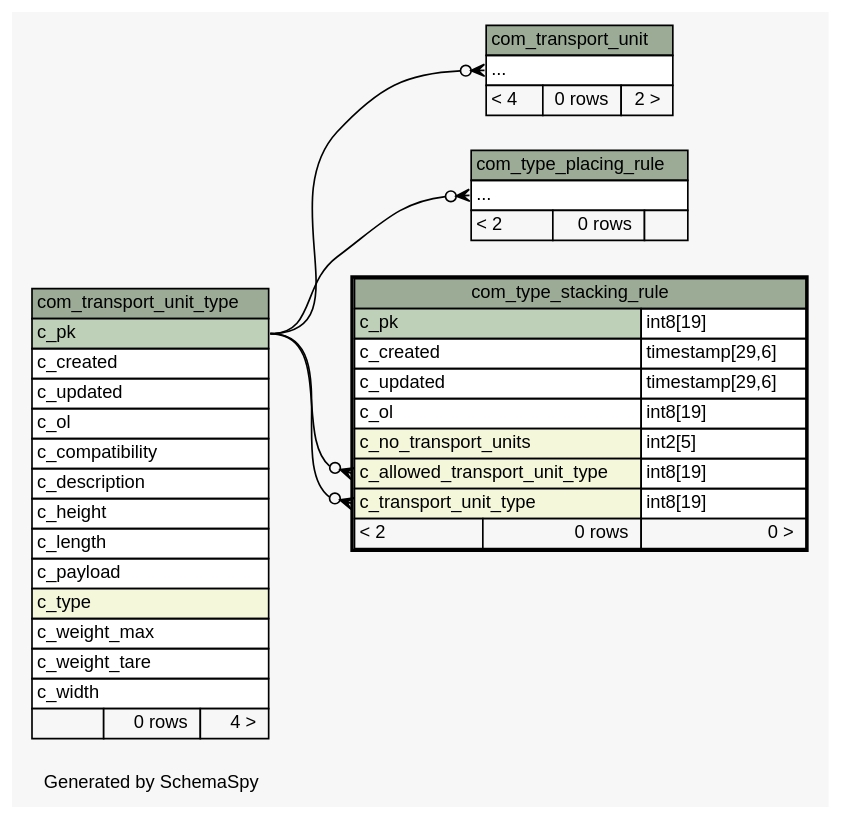
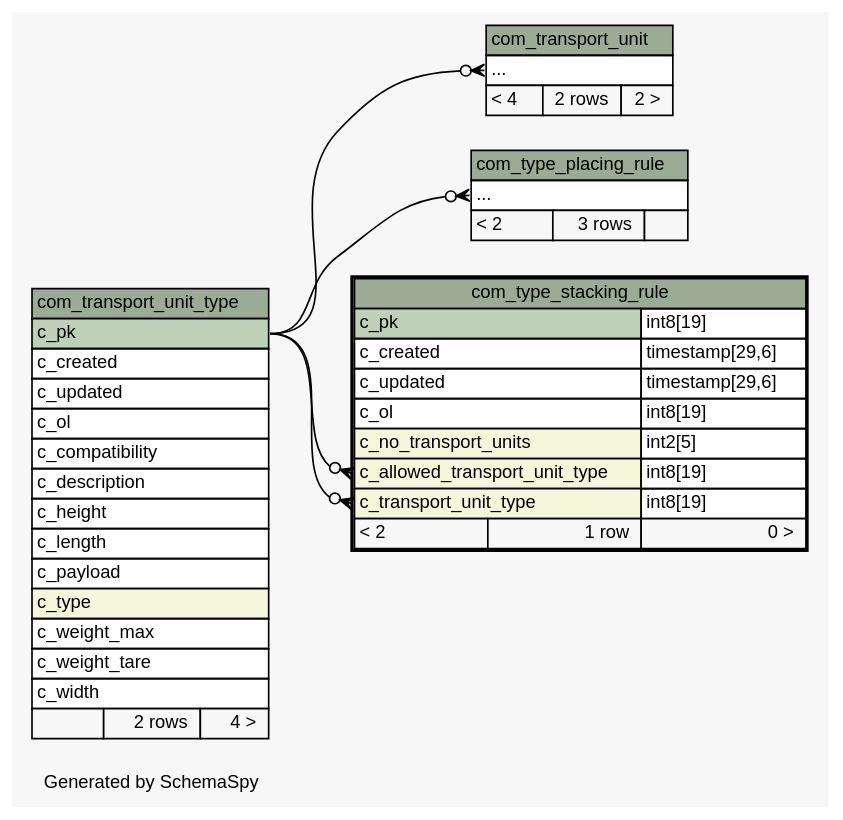
The diagram in schemaspy/diagrams/com_type_stacking_rule.2degrees.dot (openwms/org.openwms.common.service.lib), drawn with Graphviz before and after one commit. The commit also changed 551 other files, not shown here.

```diff
--- a/schemaspy/diagrams/com_type_stacking_rule.2degrees.dot
+++ b/schemaspy/diagrams/com_type_stacking_rule.2degrees.dot
@@ -1,84 +1,84 @@
-// dot 2.38.0 on Linux 4.15.0-1037-gcp
+// dot 2.36.0 on Linux 4.4.0-101-generic
 // SchemaSpy rev Unknown
 digraph "twoDegreesRelationshipsDiagram" {
   graph [
     rankdir="RL"
     bgcolor="#f7f7f7"
     label="\nGenerated by SchemaSpy"
     labeljust="l"
     nodesep="0.18"
     ranksep="0.46"
     fontname="Helvetica"
     fontsize="11"
   ];
   node [
     fontname="Helvetica"
     fontsize="11"
     shape="plaintext"
   ];
   edge [
     arrowsize="0.8"
   ];
   "com_transport_unit":"elipses":w -> "com_transport_unit_type":"c_pk":e [arrowhead=none dir=back arrowtail=crowodot];
   "com_type_placing_rule":"elipses":w -> "com_transport_unit_type":"c_pk":e [arrowhead=none dir=back arrowtail=crowodot];
   "com_type_stacking_rule":"c_allowed_transport_unit_type":w -> "com_transport_unit_type":"c_pk":e [arrowhead=none dir=back arrowtail=crowodot];
   "com_type_stacking_rule":"c_transport_unit_type":w -> "com_transport_unit_type":"c_pk":e [arrowhead=none dir=back arrowtail=crowodot];
   "com_transport_unit" [
     label=<
     <TABLE BORDER="0" CELLBORDER="1" CELLSPACING="0" BGCOLOR="#ffffff">
       <TR><TD COLSPAN="3" BGCOLOR="#9bab96" ALIGN="CENTER">com_transport_unit</TD></TR>
       <TR><TD PORT="elipses" COLSPAN="3" ALIGN="LEFT">...</TD></TR>
-      <TR><TD ALIGN="LEFT" BGCOLOR="#f7f7f7">&lt; 4</TD><TD ALIGN="RIGHT" BGCOLOR="#f7f7f7">0 rows</TD><TD ALIGN="RIGHT" BGCOLOR="#f7f7f7">2 &gt;</TD></TR>
+      <TR><TD ALIGN="LEFT" BGCOLOR="#f7f7f7">&lt; 4</TD><TD ALIGN="RIGHT" BGCOLOR="#f7f7f7">2 rows</TD><TD ALIGN="RIGHT" BGCOLOR="#f7f7f7">2 &gt;</TD></TR>
     </TABLE>>
     URL="com_transport_unit.html"
     tooltip="com_transport_unit"
   ];
   "com_transport_unit_type" [
     label=<
     <TABLE BORDER="0" CELLBORDER="1" CELLSPACING="0" BGCOLOR="#ffffff">
       <TR><TD COLSPAN="3" BGCOLOR="#9bab96" ALIGN="CENTER">com_transport_unit_type</TD></TR>
       <TR><TD PORT="c_pk" COLSPAN="3" BGCOLOR="#bed1b8" ALIGN="LEFT">c_pk</TD></TR>
       <TR><TD PORT="c_created" COLSPAN="3" ALIGN="LEFT">c_created</TD></TR>
       <TR><TD PORT="c_updated" COLSPAN="3" ALIGN="LEFT">c_updated</TD></TR>
       <TR><TD PORT="c_ol" COLSPAN="3" ALIGN="LEFT">c_ol</TD></TR>
       <TR><TD PORT="c_compatibility" COLSPAN="3" ALIGN="LEFT">c_compatibility</TD></TR>
       <TR><TD PORT="c_description" COLSPAN="3" ALIGN="LEFT">c_description</TD></TR>
       <TR><TD PORT="c_height" COLSPAN="3" ALIGN="LEFT">c_height</TD></TR>
       <TR><TD PORT="c_length" COLSPAN="3" ALIGN="LEFT">c_length</TD></TR>
       <TR><TD PORT="c_payload" COLSPAN="3" ALIGN="LEFT">c_payload</TD></TR>
       <TR><TD PORT="c_type" COLSPAN="3" BGCOLOR="#f4f7da" ALIGN="LEFT">c_type</TD></TR>
       <TR><TD PORT="c_weight_max" COLSPAN="3" ALIGN="LEFT">c_weight_max</TD></TR>
       <TR><TD PORT="c_weight_tare" COLSPAN="3" ALIGN="LEFT">c_weight_tare</TD></TR>
       <TR><TD PORT="c_width" COLSPAN="3" ALIGN="LEFT">c_width</TD></TR>
-      <TR><TD ALIGN="LEFT" BGCOLOR="#f7f7f7">  </TD><TD ALIGN="RIGHT" BGCOLOR="#f7f7f7">0 rows</TD><TD ALIGN="RIGHT" BGCOLOR="#f7f7f7">4 &gt;</TD></TR>
+      <TR><TD ALIGN="LEFT" BGCOLOR="#f7f7f7">  </TD><TD ALIGN="RIGHT" BGCOLOR="#f7f7f7">2 rows</TD><TD ALIGN="RIGHT" BGCOLOR="#f7f7f7">4 &gt;</TD></TR>
     </TABLE>>
     URL="com_transport_unit_type.html"
     tooltip="com_transport_unit_type"
   ];
   "com_type_placing_rule" [
     label=<
     <TABLE BORDER="0" CELLBORDER="1" CELLSPACING="0" BGCOLOR="#ffffff">
       <TR><TD COLSPAN="3" BGCOLOR="#9bab96" ALIGN="CENTER">com_type_placing_rule</TD></TR>
       <TR><TD PORT="elipses" COLSPAN="3" ALIGN="LEFT">...</TD></TR>
-      <TR><TD ALIGN="LEFT" BGCOLOR="#f7f7f7">&lt; 2</TD><TD ALIGN="RIGHT" BGCOLOR="#f7f7f7">0 rows</TD><TD ALIGN="RIGHT" BGCOLOR="#f7f7f7">  </TD></TR>
+      <TR><TD ALIGN="LEFT" BGCOLOR="#f7f7f7">&lt; 2</TD><TD ALIGN="RIGHT" BGCOLOR="#f7f7f7">3 rows</TD><TD ALIGN="RIGHT" BGCOLOR="#f7f7f7">  </TD></TR>
     </TABLE>>
     URL="com_type_placing_rule.html"
     tooltip="com_type_placing_rule"
   ];
   "com_type_stacking_rule" [
     label=<
     <TABLE BORDER="2" CELLBORDER="1" CELLSPACING="0" BGCOLOR="#ffffff">
       <TR><TD COLSPAN="3" BGCOLOR="#9bab96" ALIGN="CENTER">com_type_stacking_rule</TD></TR>
       <TR><TD PORT="c_pk" COLSPAN="2" BGCOLOR="#bed1b8" ALIGN="LEFT">c_pk</TD><TD PORT="c_pk.type" ALIGN="LEFT">int8[19]</TD></TR>
       <TR><TD PORT="c_created" COLSPAN="2" ALIGN="LEFT">c_created</TD><TD PORT="c_created.type" ALIGN="LEFT">timestamp[29,6]</TD></TR>
       <TR><TD PORT="c_updated" COLSPAN="2" ALIGN="LEFT">c_updated</TD><TD PORT="c_updated.type" ALIGN="LEFT">timestamp[29,6]</TD></TR>
       <TR><TD PORT="c_ol" COLSPAN="2" ALIGN="LEFT">c_ol</TD><TD PORT="c_ol.type" ALIGN="LEFT">int8[19]</TD></TR>
       <TR><TD PORT="c_no_transport_units" COLSPAN="2" BGCOLOR="#f4f7da" ALIGN="LEFT">c_no_transport_units</TD><TD PORT="c_no_transport_units.type" ALIGN="LEFT">int2[5]</TD></TR>
       <TR><TD PORT="c_allowed_transport_unit_type" COLSPAN="2" BGCOLOR="#f4f7da" ALIGN="LEFT">c_allowed_transport_unit_type</TD><TD PORT="c_allowed_transport_unit_type.type" ALIGN="LEFT">int8[19]</TD></TR>
       <TR><TD PORT="c_transport_unit_type" COLSPAN="2" BGCOLOR="#f4f7da" ALIGN="LEFT">c_transport_unit_type</TD><TD PORT="c_transport_unit_type.type" ALIGN="LEFT">int8[19]</TD></TR>
-      <TR><TD ALIGN="LEFT" BGCOLOR="#f7f7f7">&lt; 2</TD><TD ALIGN="RIGHT" BGCOLOR="#f7f7f7">0 rows</TD><TD ALIGN="RIGHT" BGCOLOR="#f7f7f7">0 &gt;</TD></TR>
+      <TR><TD ALIGN="LEFT" BGCOLOR="#f7f7f7">&lt; 2</TD><TD ALIGN="RIGHT" BGCOLOR="#f7f7f7">1 row</TD><TD ALIGN="RIGHT" BGCOLOR="#f7f7f7">0 &gt;</TD></TR>
     </TABLE>>
     URL="com_type_stacking_rule.html"
     tooltip="com_type_stacking_rule"
   ];
 }
```
